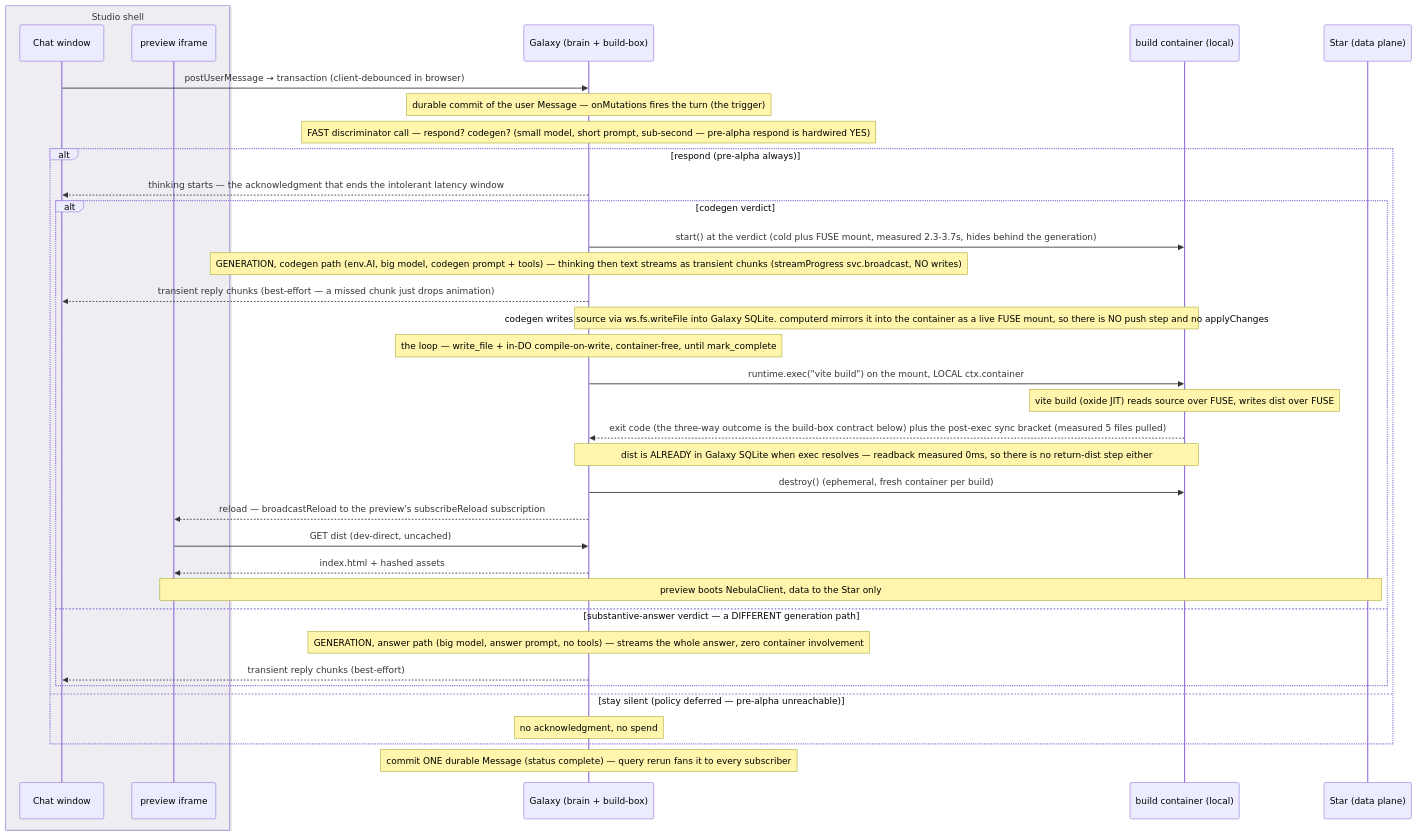
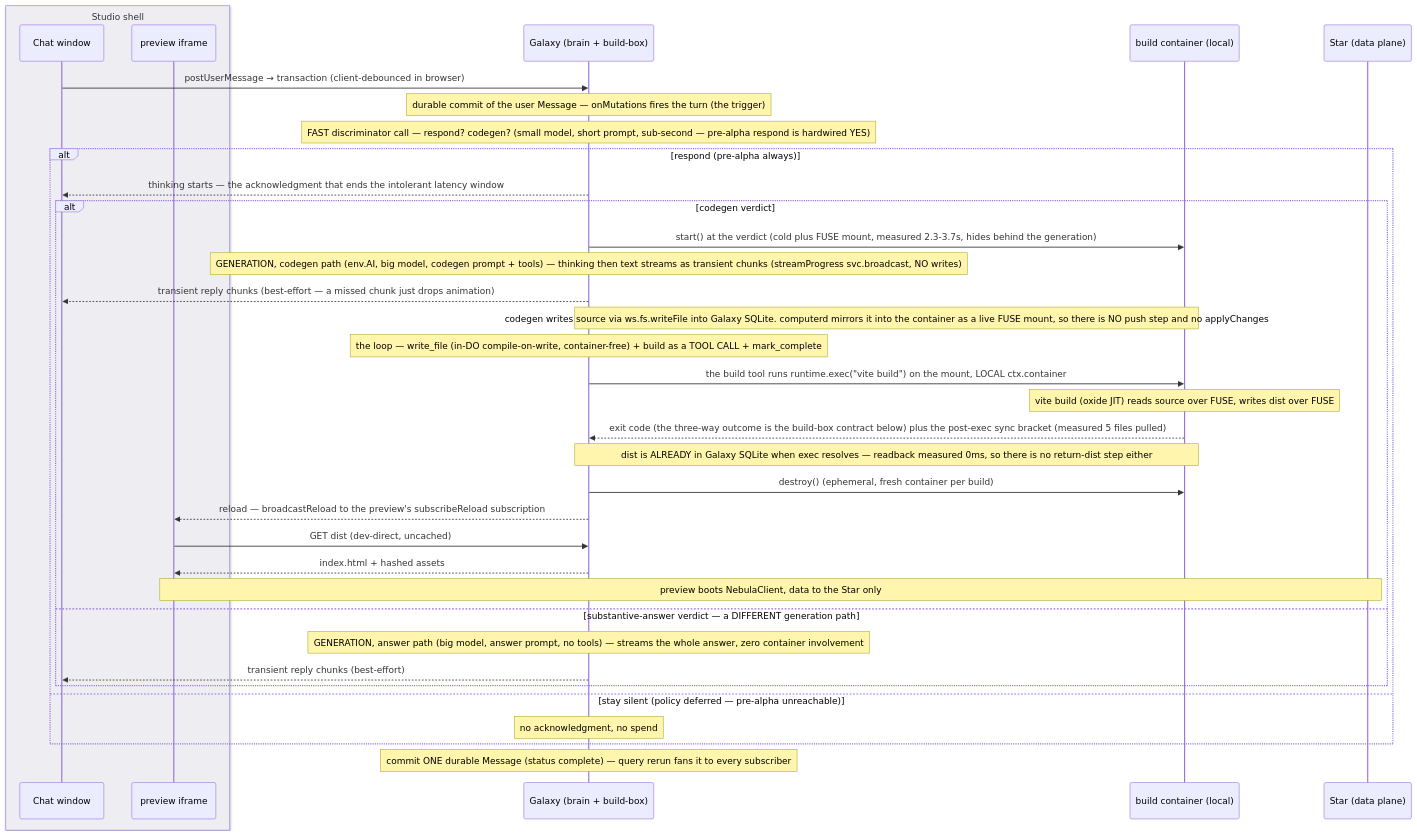
The first of 2 diagrams in tasks/nebula-galaxy-collapse-and-chat.md (lumenize/lumenize), drawn with Mermaid before and after one commit. The commit also changed other lines of this file, not shown here.

First line of the commit message:
docs(collapse): build is a tool the agent invokes (hand review)

````diff
--- a/tasks/nebula-galaxy-collapse-and-chat.md
+++ b/tasks/nebula-galaxy-collapse-and-chat.md
@@ -75,38 +75,38 @@
 ```mermaid
 sequenceDiagram
     box rgb(238,238,242) Studio shell
       participant Chat as Chat window
       participant P as preview iframe
     end
     participant G as Galaxy (brain + build-box)
     participant K as build container (local)
     participant Da as Star (data plane)
     Chat->>G: postUserMessage → transaction (client-debounced in browser)
     Note over G: durable commit of the user Message — onMutations fires the turn (the trigger)
     Note over G: FAST discriminator call — respond? codegen? (small model, short prompt, sub-second — pre-alpha respond is hardwired YES)
     alt respond (pre-alpha always)
       G-->>Chat: thinking starts — the acknowledgment that ends the intolerant latency window
       alt codegen verdict
         G->>K: start() at the verdict (cold plus FUSE mount, measured 2.3-3.7s, hides behind the generation)
         Note over G: GENERATION, codegen path (env.AI, big model, codegen prompt + tools) — thinking then text streams as transient chunks (streamProgress svc.broadcast, NO writes)
         G-->>Chat: transient reply chunks (best-effort — a missed chunk just drops animation)
         Note over G,K: codegen writes source via ws.fs.writeFile into Galaxy SQLite. computerd mirrors it into the container as a live FUSE mount, so there is NO push step and no applyChanges
-        Note over G: the loop — write_file + in-DO compile-on-write, container-free, until mark_complete
-        G->>K: runtime.exec("vite build") on the mount, LOCAL ctx.container
+        Note over G: the loop — write_file (in-DO compile-on-write, container-free) + build as a TOOL CALL + mark_complete
+        G->>K: the build tool runs runtime.exec("vite build") on the mount, LOCAL ctx.container
         Note over K: vite build (oxide JIT) reads source over FUSE, writes dist over FUSE
         K-->>G: exit code (the three-way outcome is the build-box contract below) plus the post-exec sync bracket (measured 5 files pulled)
         Note over G,K: dist is ALREADY in Galaxy SQLite when exec resolves — readback measured 0ms, so there is no return-dist step either
         G->>K: destroy() (ephemeral, fresh container per build)
         G-->>P: reload — broadcastReload to the preview's subscribeReload subscription
         P->>G: GET dist (dev-direct, uncached)
         G-->>P: index.html + hashed assets
         Note over P,Da: preview boots NebulaClient, data to the Star only
       else substantive-answer verdict — a DIFFERENT generation path
         Note over G: GENERATION, answer path (big model, answer prompt, no tools) — streams the whole answer, zero container involvement
         G-->>Chat: transient reply chunks (best-effort)
       end
     else stay silent (policy deferred — pre-alpha unreachable)
       Note over G: no acknowledgment, no spend
     end
     Note over G: commit ONE durable Message (status complete) — query rerun fans it to every subscriber
 ```
````
